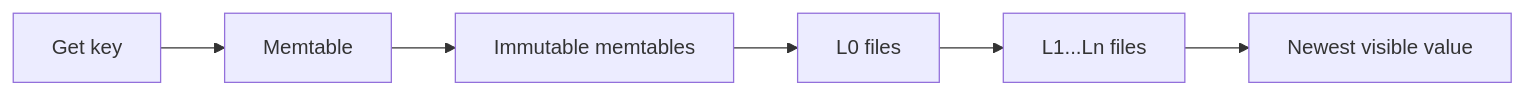
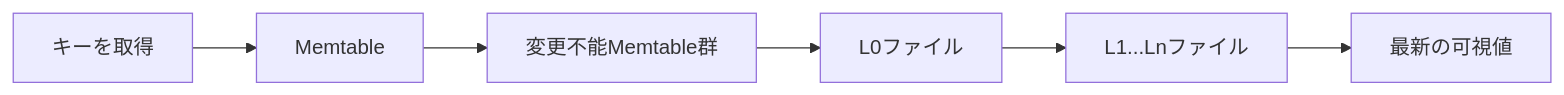
Before and after one commit to hirunebot/database-systems-book: the fourth of 6 diagrams in src/content/docs/02-storage/05-hash-and-lsm.md, drawn with Mermaid. The commit also changed other lines of this file and 42 other files, not shown here.

````diff
--- a/src/content/docs/02-storage/05-hash-and-lsm.md
+++ b/src/content/docs/02-storage/05-hash-and-lsm.md
@@ -147,8 +147,8 @@
 ```mermaid
 flowchart LR
-    Q["Get key"] --> M["Memtable"]
-    M --> I["Immutable memtables"]
-    I --> Z["L0 files"]
-    Z --> O["L1...Ln files"]
-    O --> R["Newest visible value"]
+    Q["キーを取得"] --> M["Memtable"]
+    M --> I["変更不能Memtable群"]
+    I --> Z["L0ファイル"]
+    Z --> O["L1...Lnファイル"]
+    O --> R["最新の可視値"]
 ```
````
